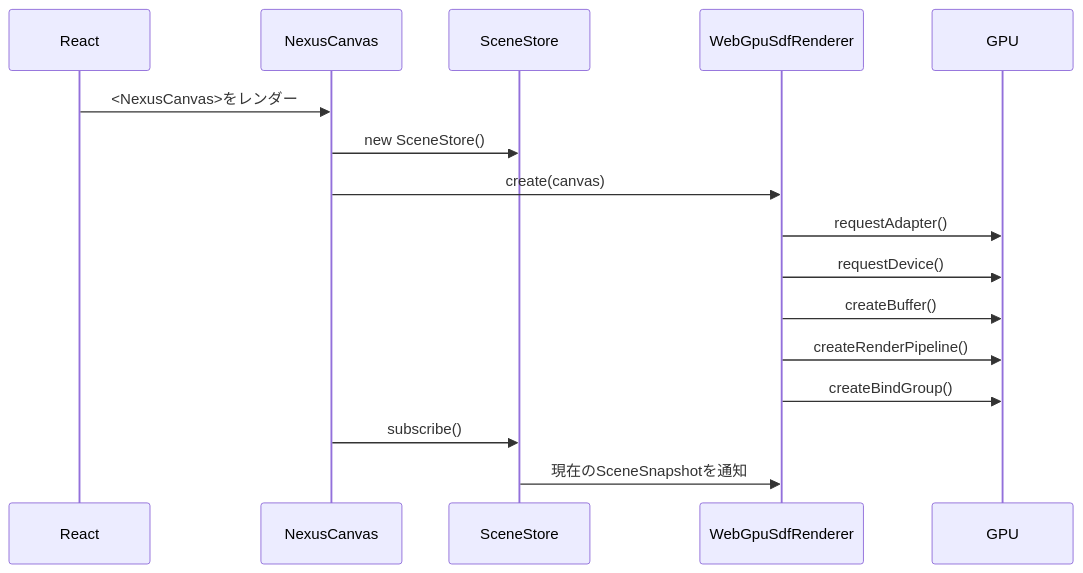
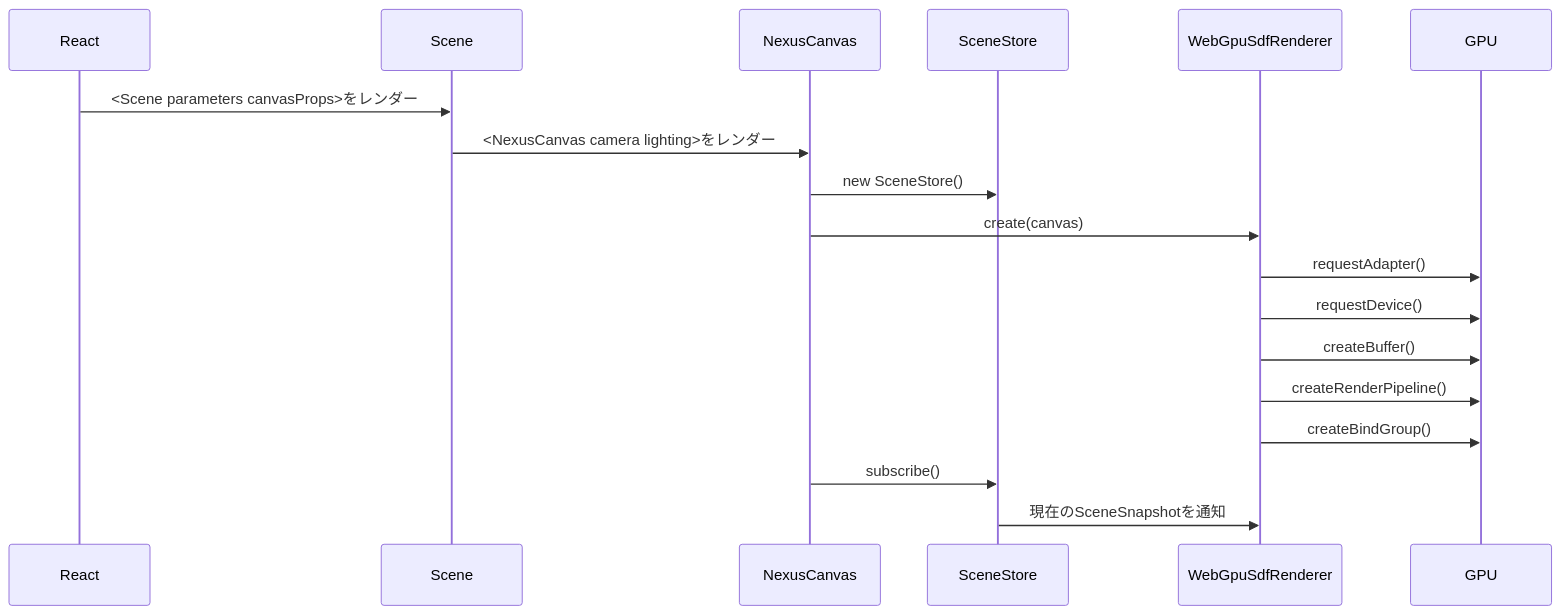
One commit to wakufactory/NexusGPU changed the first of 4 diagrams in docs/architecture.md. Above: the diagram before and after it, drawn with Mermaid. The commit also changed other lines of this file and 11 other files, not shown here.

````diff
--- a/docs/architecture.md
+++ b/docs/architecture.md
@@ -564,19 +566,21 @@
 ```mermaid
 sequenceDiagram
   participant React
+  participant Scene
   participant NexusCanvas
   participant SceneStore
   participant Renderer as WebGpuSdfRenderer
   participant GPU
 
-  React->>NexusCanvas: <NexusCanvas>をレンダー
+  React->>Scene: <Scene parameters canvasProps>をレンダー
+  Scene->>NexusCanvas: <NexusCanvas camera lighting>をレンダー
   NexusCanvas->>SceneStore: new SceneStore()
   NexusCanvas->>Renderer: create(canvas)
   Renderer->>GPU: requestAdapter()
   Renderer->>GPU: requestDevice()
   Renderer->>GPU: createBuffer()
   Renderer->>GPU: createRenderPipeline()
   Renderer->>GPU: createBindGroup()
   NexusCanvas->>SceneStore: subscribe()
   SceneStore->>Renderer: 現在のSceneSnapshotを通知
 ```
````
